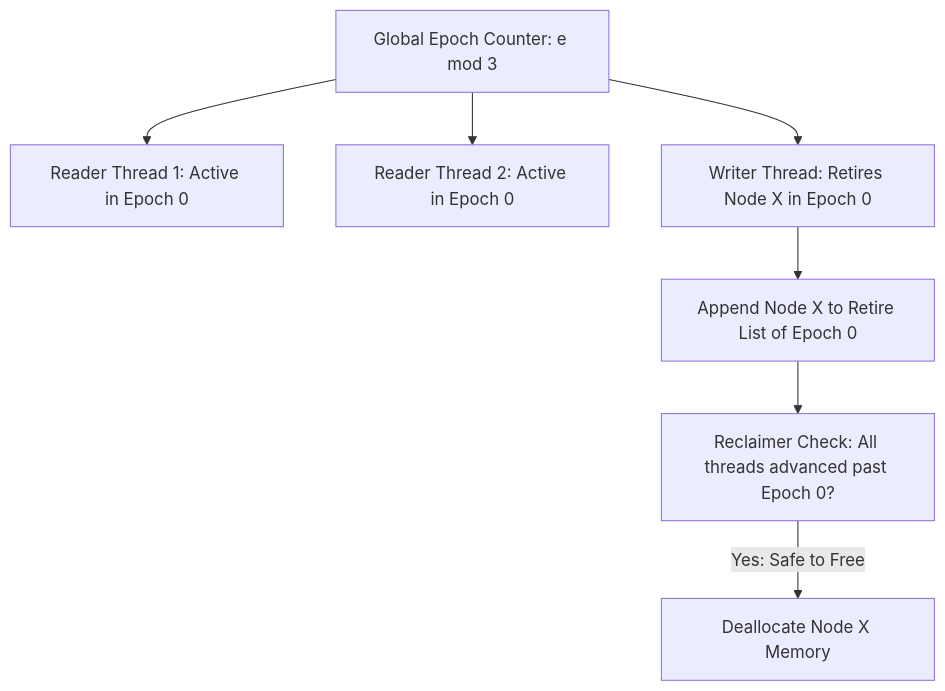
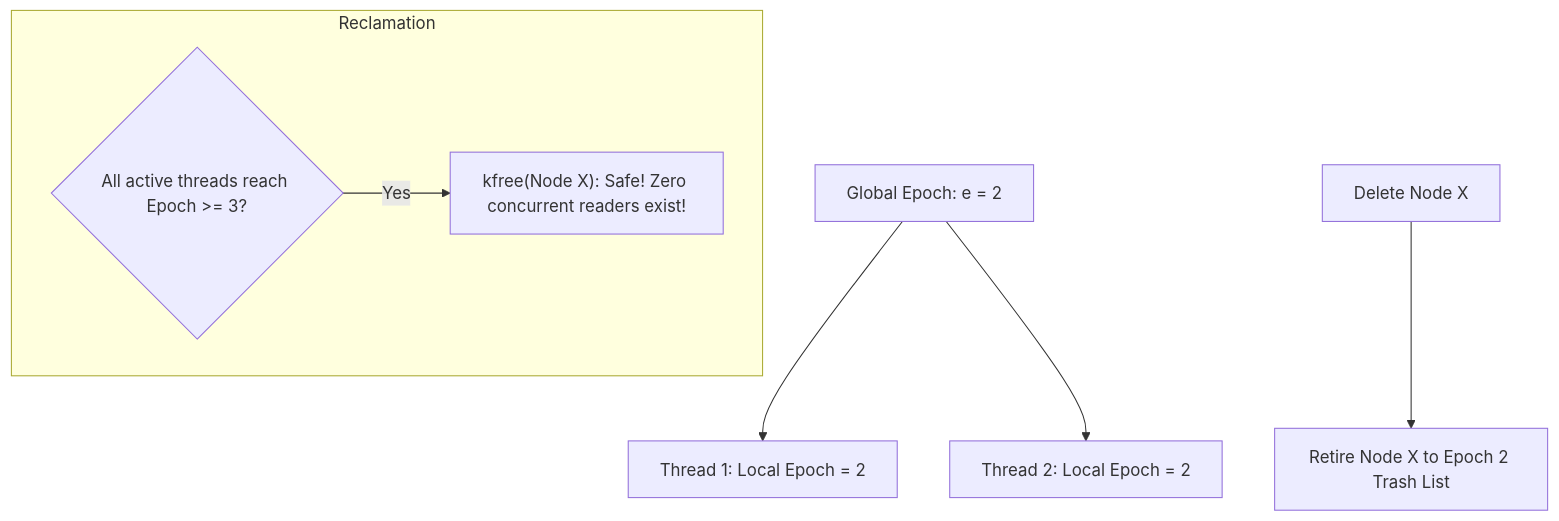
The diagram in docs/epoch-based-memory-reclamation-ebr.md (isihussain/developer-handbook), drawn with Mermaid before and after one commit. The commit also changed other lines of this file, not shown here.

Commit message:
docs: add Lock-Free Memory Management: Epoch-Based Reclamation (EBR) cheat sheet (#680)

````diff
--- a/docs/epoch-based-memory-reclamation-ebr.md
+++ b/docs/epoch-based-memory-reclamation-ebr.md
@@ -5,10 +5,10 @@
 ```mermaid
 flowchart TD
-    GlobalEpoch[Global Epoch Counter: e mod 3] --> Thread1[Reader Thread 1: Active in Epoch 0]
-    GlobalEpoch --> Thread2[Reader Thread 2: Active in Epoch 0]
-    GlobalEpoch --> Writer[Writer Thread: Retires Node X in Epoch 0]
-    Writer --> RetireList[Append Node X to Retire List of Epoch 0]
-    Reclaim[Reclaimer Check: All threads advanced past Epoch 0?]
-    RetireList --> Reclaim
-    Reclaim -->|Yes: Safe to Free| FreeMemory[Deallocate Node X Memory]
+    GlobalEpoch[Global Epoch: e = 2] --> Thread1[Thread 1: Local Epoch = 2]
+    GlobalEpoch --> Thread2[Thread 2: Local Epoch = 2]
+    DeleteOp[Delete Node X] --> Retire[Retire Node X to Epoch 2 Trash List]
+    subgraph Reclamation
+        AllThreadsAdvance{All active threads reach Epoch >= 3?}
+        AllThreadsAdvance -->|Yes| FreeMemory["kfree(Node X): Safe! Zero concurrent readers exist!"]
+    end
 ```
````
